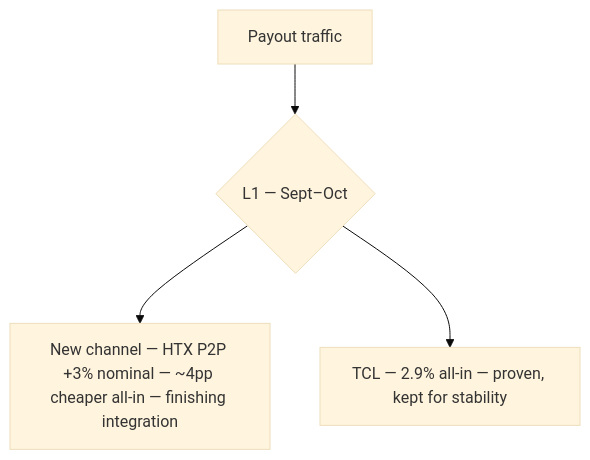
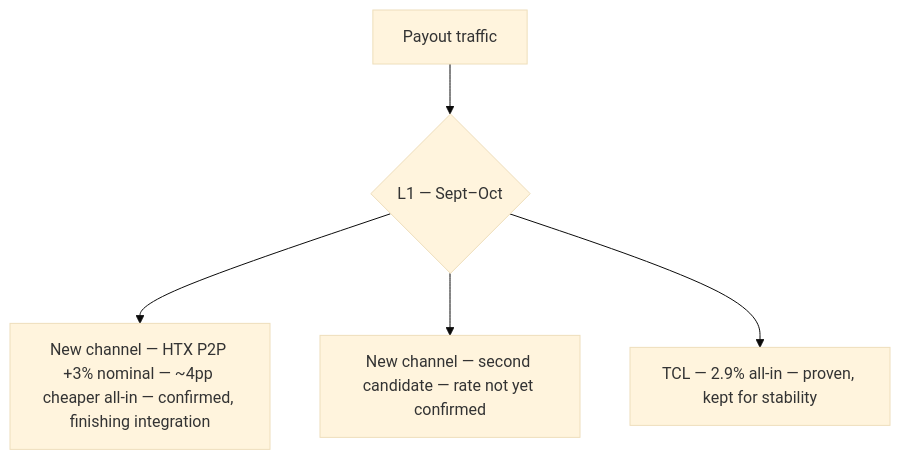
Before and after one commit to JoJ-se/incas-geo-expansion-pack: the ninth of 9 diagrams in docs/payment_cascades.md, drawn with Mermaid (base theme). The commit also changed other lines of this file and 6 other files, not shown here.

First line of the commit message:
Turkey Sept-Oct cascade reorder + limits, second China payout channel, blended-fee clarification, roadmap expansion

````diff
--- a/docs/payment_cascades.md
+++ b/docs/payment_cascades.md
@@ -130,6 +130,7 @@
 ```mermaid
 flowchart TD
     A[Payout traffic] --> L1{"L1 — Sept–Oct"}
-    L1 --> HTX["New channel — HTX P2P +3% nominal — ~4pp cheaper all-in — finishing integration"]
+    L1 --> HTX["New channel — HTX P2P +3% nominal — ~4pp cheaper all-in — confirmed, finishing integration"]
+    L1 --> Second["New channel — second candidate — rate not yet confirmed"]
     L1 --> TCL["TCL — 2.9% all-in — proven, kept for stability"]
 ```
````
